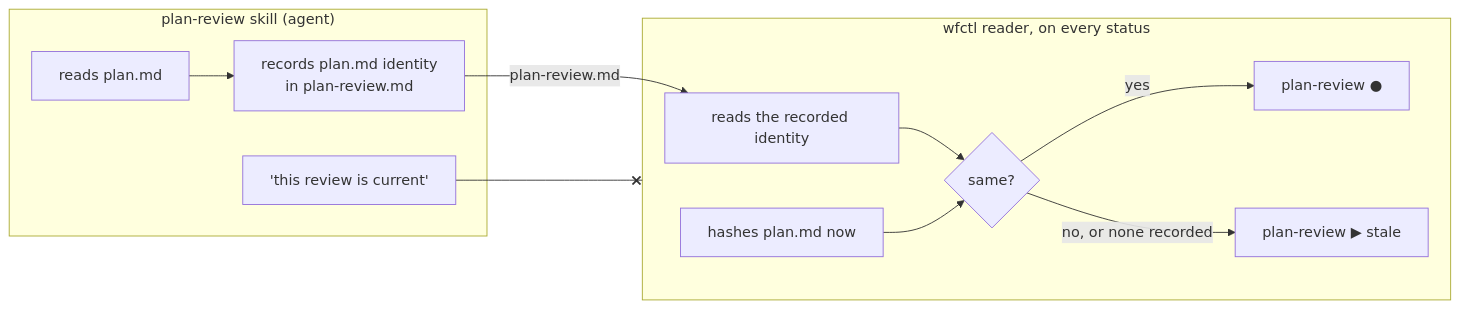
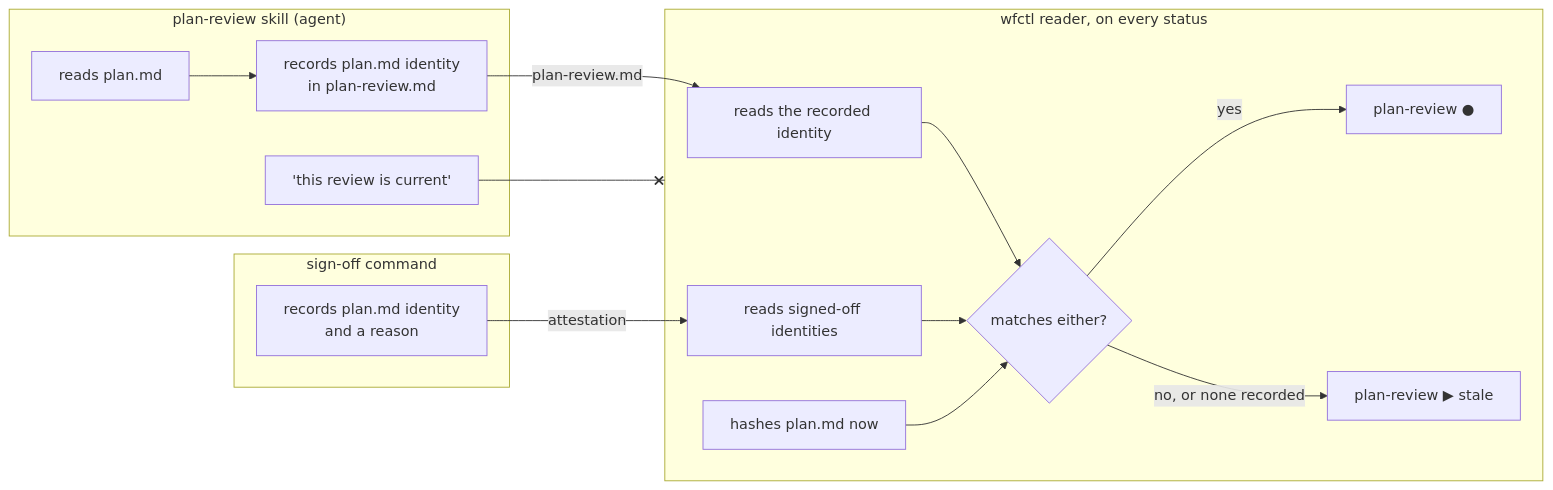
One commit to aamarin/wfctl changed the diagram in docs/architecture/wfctl-measures-a-review-against-the-plan-it-read.md. Above: the diagram before and after it, drawn with Mermaid. The commit also changed other lines of this file, not shown here.

First line of the commit message:
docs(architecture): route a stale plan review back past tasks, and let a sign-off stand in for a harmless edit (#501)

````diff
--- a/docs/architecture/wfctl-measures-a-review-against-the-plan-it-read.md
+++ b/docs/architecture/wfctl-measures-a-review-against-the-plan-it-read.md
@@ -82,22 +93,28 @@
 ```mermaid
 flowchart LR
   subgraph skill["plan-review skill (agent)"]
     read["reads plan.md"]
     record["records plan.md identity<br/>in plan-review.md"]
     claim["'this review is current'"]
   end
+  subgraph signoff["sign-off command"]
+    accept["records plan.md identity<br/>and a reason"]
+  end
   subgraph wfctl["wfctl reader, on every status"]
     recorded["reads the recorded identity"]
+    signed["reads signed-off identities"]
     now["hashes plan.md now"]
-    cmp{"same?"}
+    cmp{"matches either?"}
     done["plan-review ●"]
     stale["plan-review ▶ stale"]
   end
   read --> record
   record -- "plan-review.md" --> recorded
+  accept -- "attestation" --> signed
   recorded --> cmp
+  signed --> cmp
   now --> cmp
   cmp -- yes --> done
   cmp -- no, or none recorded --> stale
   claim --x wfctl
 ```
````
